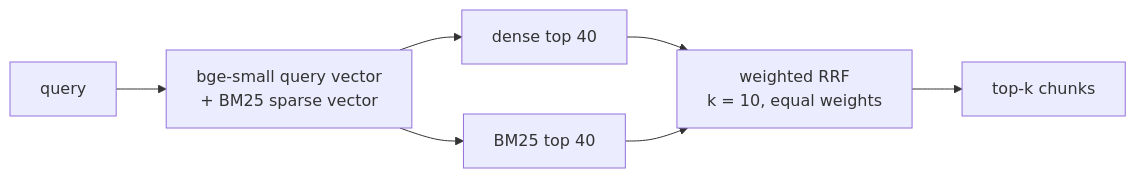
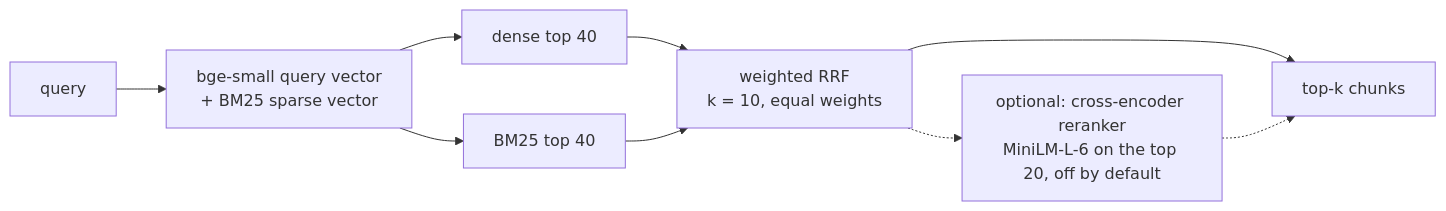
One commit to Olegbobokhidze/investigation-engine changed the third of 4 diagrams in README.md. Above: the diagram before and after it, drawn with Mermaid. The commit also changed other lines of this file and 34 other files, not shown here.

Commit message:
feat: stream investigation steps and measure a cross-encoder reranker

````diff
--- a/README.md
+++ b/README.md
@@ -137,9 +141,11 @@
 ```mermaid
 flowchart LR
     q["query"] --> e["bge-small query vector<br/>+ BM25 sparse vector"]
     e --> dense["dense top 40"]
     e --> bm25["BM25 top 40"]
     dense --> rrf["weighted RRF<br/>k = 10, equal weights"]
     bm25 --> rrf
     rrf --> hits["top-k chunks"]
+    rrf -.-> rerank["optional: cross-encoder reranker<br/>MiniLM-L-6 on the top 20, off by default"]
+    rerank -.-> hits
 ```
````
